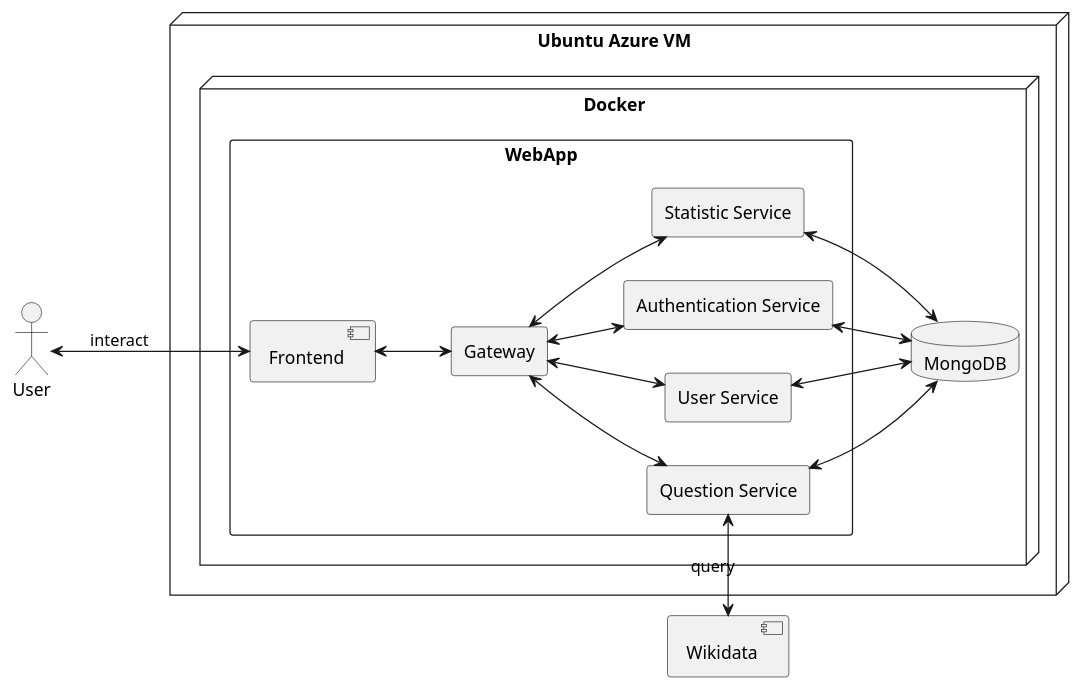
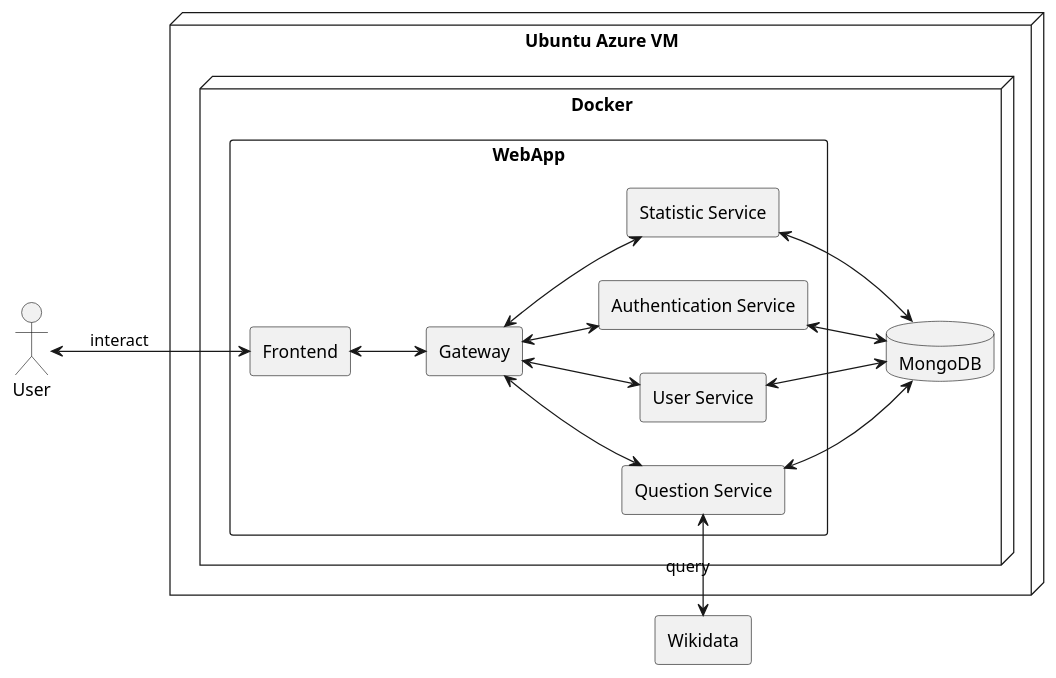
One commit to angelalvaigle/wiq_uo17919 changed the diagram in docs/src/07_deployment_view.adoc. Above: the diagram before and after it, drawn with PlantUML. The commit also changed other lines of this file and 16 other files, not shown here.

```diff
--- a/docs/src/07_deployment_view.adoc
+++ b/docs/src/07_deployment_view.adoc
@@ -5,35 +5,35 @@
-[plantuml, "Login", svg]
+[plantuml, "deployment_view", svg]
 ----
 actor User
 left to right direction
 
 node "Ubuntu Azure VM" {
     node "Docker" {
     rectangle "WebApp" {
-      component "Frontend"
+      rectangle "Frontend"
       rectangle "Gateway"
       rectangle "User Service"
       rectangle "Authentication Service"
       rectangle "Statistic Service"
       rectangle "Question Service"
     }
     database "MongoDB"
   }
 }
 
-component "Wikidata"
+rectangle "Wikidata"
 
 User <--> Frontend : interact
 Frontend <--> Gateway
 
 Gateway <--> "User Service" 
 Gateway <--> "Authentication Service" 
 Gateway <--> "Statistic Service" 
 Gateway <--> "Question Service" 
 
 "User Service" <--> MongoDB 
 "Authentication Service" <--> MongoDB 
 "Statistic Service" <--> MongoDB 
 "Question Service" <--> MongoDB 
 "Question Service" <-l-> Wikidata : query
 ----
```
